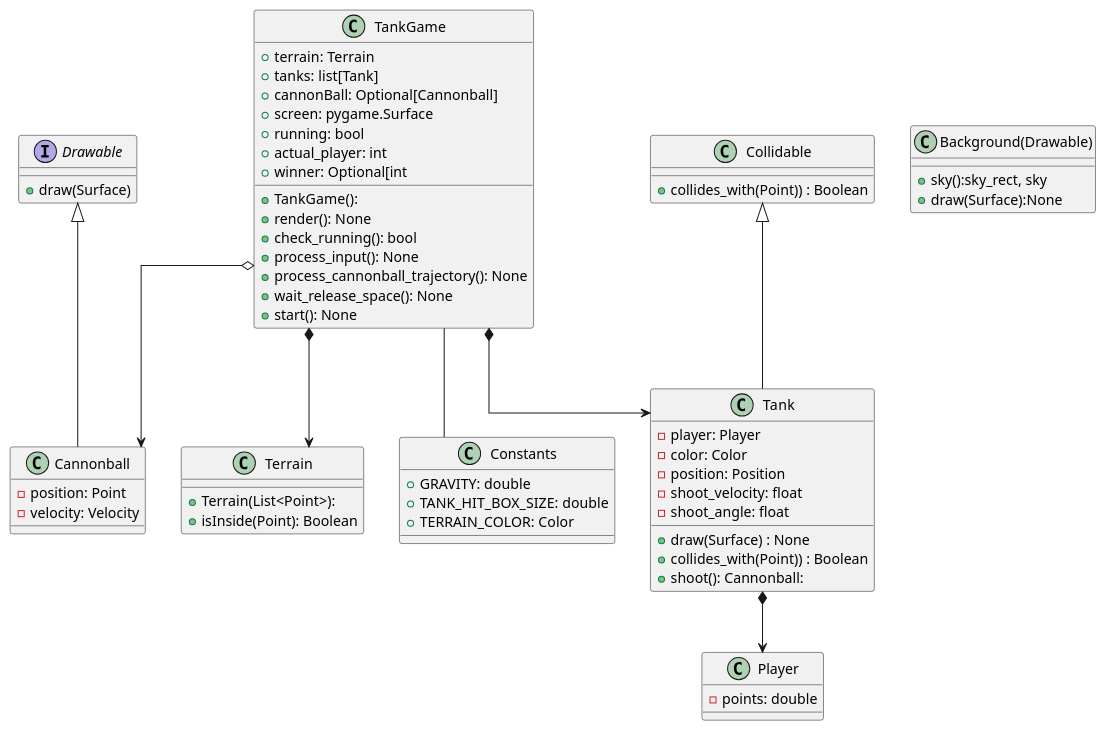
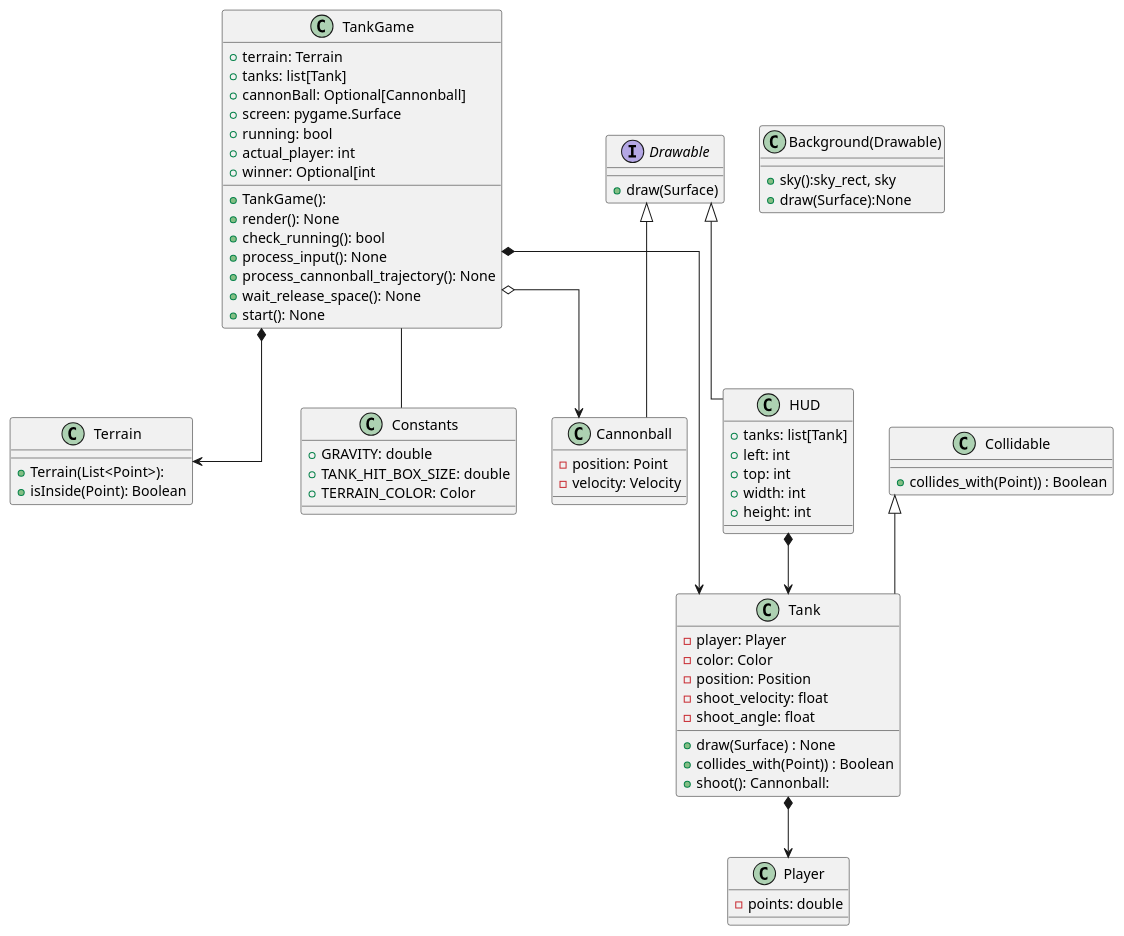
Before and after one commit to fraco-oxza/tankGame: the diagram in uml/entire.plantuml, drawn with PlantUML.

Commit message:
HUD added to UML

```diff
--- a/uml/entire.plantuml
+++ b/uml/entire.plantuml
@@ -1,74 +1,83 @@
 @startuml
 
 top to bottom direction
 skinparam linetype ortho
 
 ' Fco
 class TankGame {
     + terrain: Terrain
     + tanks: list[Tank]
     + cannonBall: Optional[Cannonball]
     + screen: pygame.Surface
     + running: bool
     + actual_player: int
     + winner: Optional[int
 
     + TankGame():
     + render(): None
     + check_running(): bool
     + process_input(): None
     + process_cannonball_trajectory(): None
     + wait_release_space(): None
     + start(): None
 }
 
 class Cannonball extends Drawable {
     - position: Point
     - velocity: Velocity
 }
 
 interface Drawable {
     + draw(Surface)
+}
+class HUD extends Drawable{
+    + tanks: list[Tank]
+    + left: int
+    + top: int
+    + width: int
+    + height: int
+
 }
 class Collidable {
  +collides_with(Point)) : Boolean
 }
 class Terrain {
     + Terrain(List<Point>):
     + isInside(Point): Boolean
 }
 class Background(Drawable){
 
     + sky():sky_rect, sky
     + draw(Surface):None
 }
 class Tank extends Collidable  {
     - player: Player
     - color: Color
     - position: Position
     -shoot_velocity: float
     -shoot_angle: float
 
     +draw(Surface) : None
     +collides_with(Point)) : Boolean
     +shoot(): Cannonball:
 }
 
 class Player {
     - points: double
 }
 
 class Constants {
     + GRAVITY: double
     + TANK_HIT_BOX_SIZE: double
     + TERRAIN_COLOR: Color
 }
 
 TankGame -- Constants
 
 TankGame *--> Tank
 TankGame o--> Cannonball
 TankGame *--> Terrain
 Tank *--> Player
+HUD *--> Tank
 
 @enduml
```
